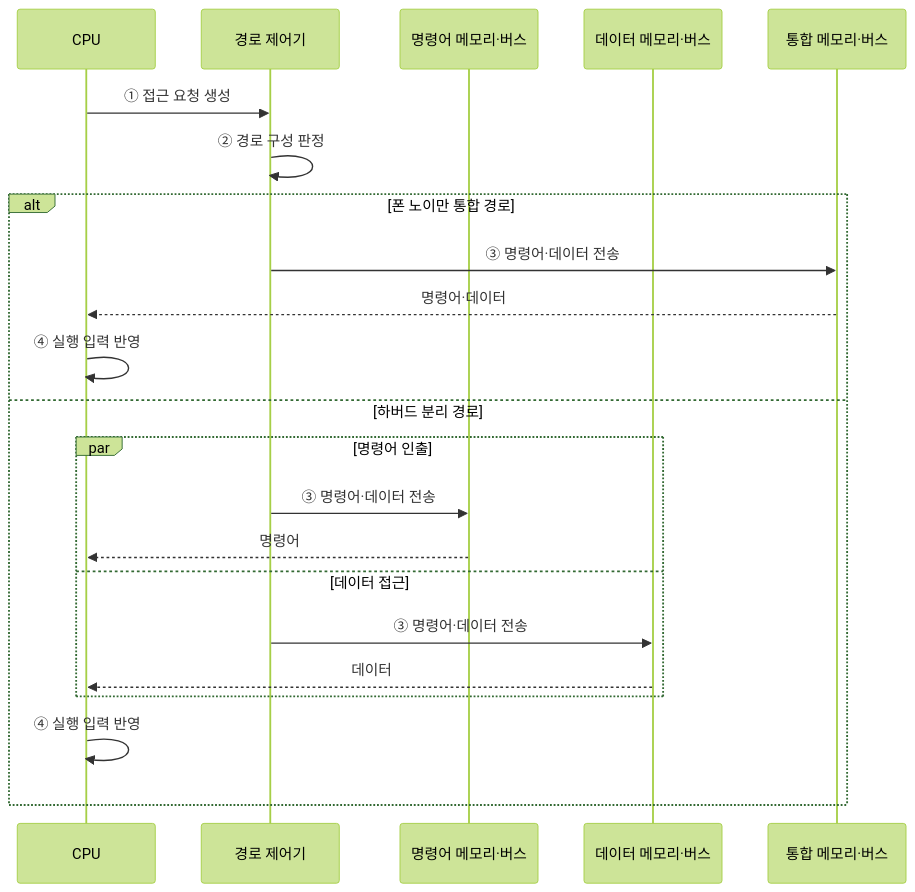
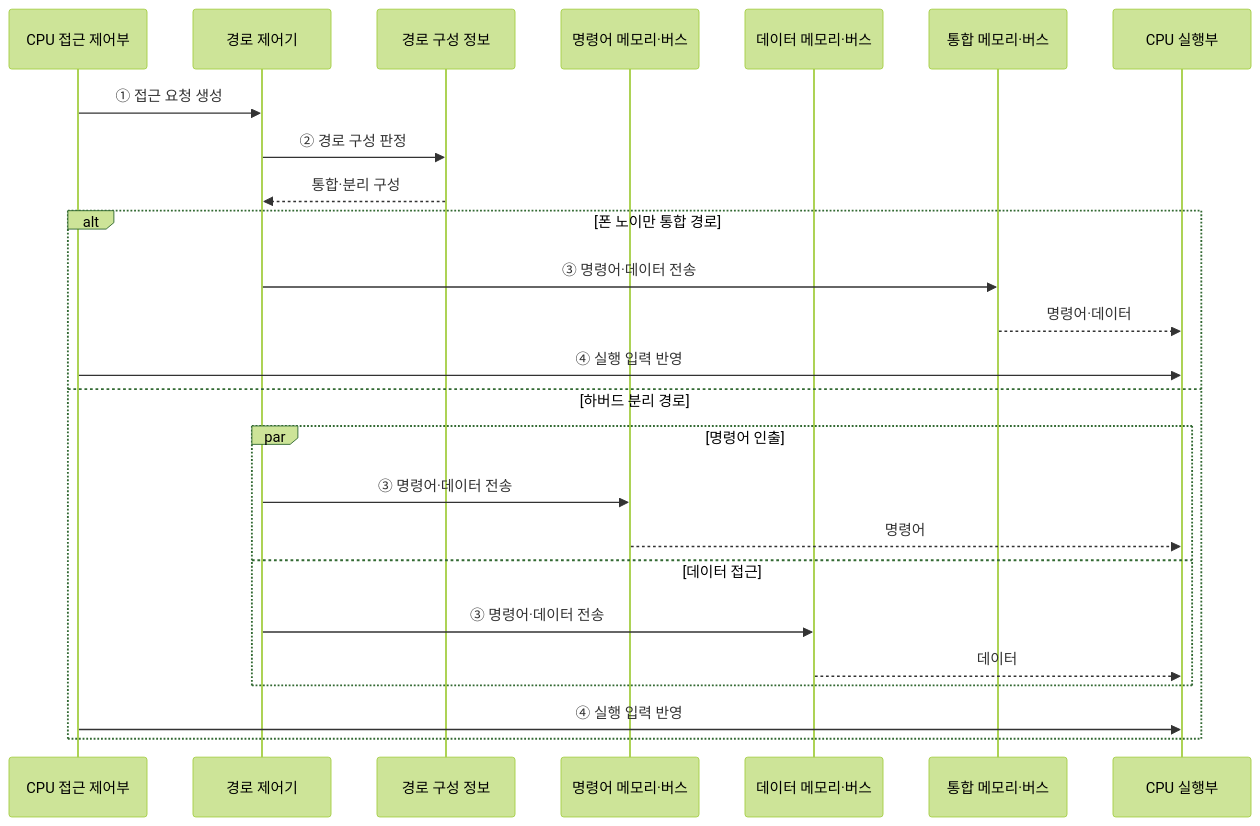
One commit to agnusdei1207/knowledge-base changed the second of 2 diagrams in src/content/docs/notes/02-hardware/001_von_neumann_vs_harvard.md. Above: the diagram before and after it, drawn with Mermaid (forest theme). The commit also changed other lines of this file and 18 other files, not shown here.

````diff
--- a/src/content/docs/notes/02-hardware/001_von_neumann_vs_harvard.md
+++ b/src/content/docs/notes/02-hardware/001_von_neumann_vs_harvard.md
@@ -75,24 +80,27 @@
 ```mermaid
 sequenceDiagram
-    participant C as CPU
+    participant C as CPU 접근 제어부
     participant P as 경로 제어기
+    participant K as 경로 구성 정보
     participant I as 명령어 메모리·버스
     participant D as 데이터 메모리·버스
     participant M as 통합 메모리·버스
+    participant E as CPU 실행부
     C->>P: ① 접근 요청 생성
-    P->>P: ② 경로 구성 판정
+    P->>K: ② 경로 구성 판정
+    K-->>P: 통합·분리 구성
     alt 폰 노이만 통합 경로
         P->>M: ③ 명령어·데이터 전송
-        M-->>C: 명령어·데이터
-        C->>C: ④ 실행 입력 반영
+        M-->>E: 명령어·데이터
+        C->>E: ④ 실행 입력 반영
     else 하버드 분리 경로
         par 명령어 인출
             P->>I: ③ 명령어·데이터 전송
-            I-->>C: 명령어
+            I-->>E: 명령어
         and 데이터 접근
             P->>D: ③ 명령어·데이터 전송
-            D-->>C: 데이터
+            D-->>E: 데이터
         end
-        C->>C: ④ 실행 입력 반영
+        C->>E: ④ 실행 입력 반영
     end
 ```
````
